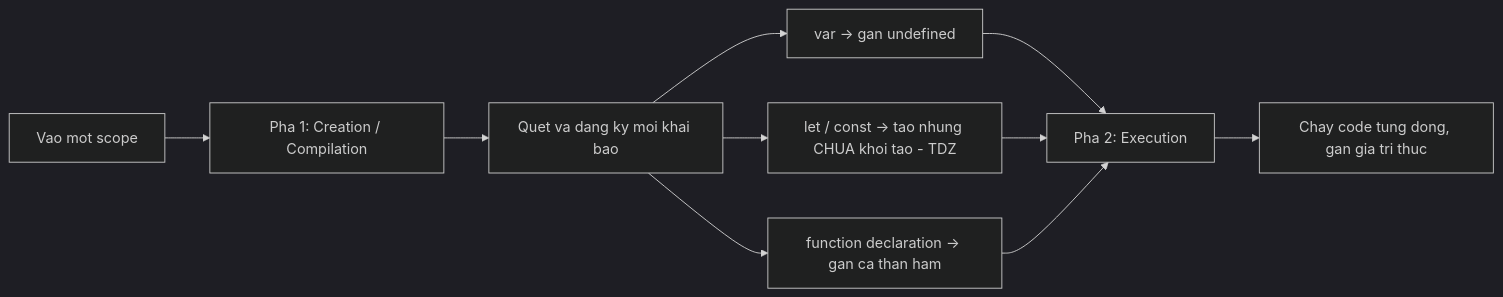
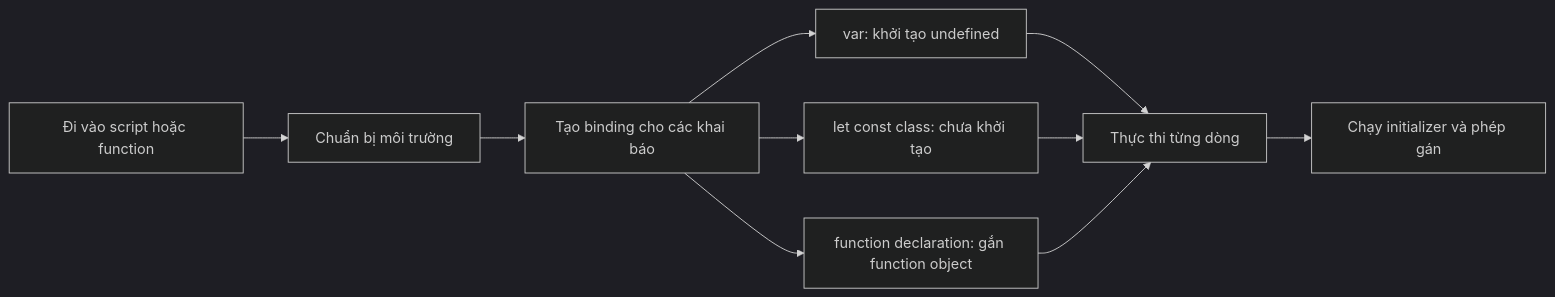
The first of 2 diagrams in content/docs/fundamentals/hoisting.md (vanhiep99w/js-learn), drawn with Mermaid (dark theme) before and after one commit. The commit also changed other lines of this file and 3 other files, not shown here.

````diff
--- a/content/docs/fundamentals/hoisting.md
+++ b/content/docs/fundamentals/hoisting.md
@@ -46,12 +68,12 @@
 ```mermaid
 flowchart LR
-    A[Vao mot scope] --> B[Pha 1: Creation / Compilation]
-    B --> B1[Quet va dang ky moi khai bao]
-    B1 --> B2[var -> gan undefined]
-    B1 --> B3[let / const -> tao nhung CHUA khoi tao - TDZ]
-    B1 --> B4[function declaration -> gan ca than ham]
-    B2 --> C[Pha 2: Execution]
+    A[Đi vào script hoặc function] --> B[Chuẩn bị môi trường]
+    B --> B1[Tạo binding cho các khai báo]
+    B1 --> B2[var: khởi tạo undefined]
+    B1 --> B3[let const class: chưa khởi tạo]
+    B1 --> B4[function declaration: gắn function object]
+    B2 --> C[Thực thi từng dòng]
     B3 --> C
     B4 --> C
-    C --> C1[Chay code tung dong, gan gia tri thuc]
+    C --> D[Chạy initializer và phép gán]
 ```
````
